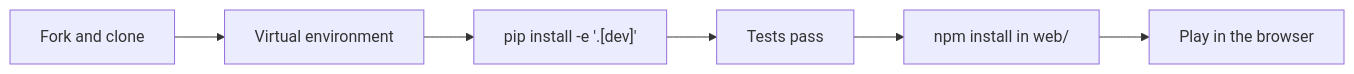
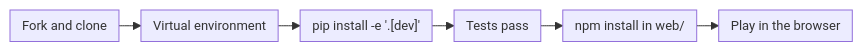
Before and after one commit to Aditya-00786/csf407-fable-chaturanga-zero: the diagram in docs/GETTING_STARTED.md, drawn with Mermaid. The commit also changed 8 other files, not shown here.

First line of the commit message:
docs: full diagrams again, sized to fit a screen; Milestone 4 at 95%

````diff
--- a/docs/GETTING_STARTED.md
+++ b/docs/GETTING_STARTED.md
@@ -7,4 +7,5 @@
 ```mermaid
+%%{init: {"flowchart": {"nodeSpacing": 16, "rankSpacing": 22, "padding": 6, "diagramPadding": 4, "subGraphTitleMargin": {"top": 4, "bottom": 4}}, "themeVariables": {"fontSize": "13px"}}}%%
 flowchart LR
     A[Fork and clone] --> B[Virtual environment] --> C["pip install -e '.[dev]'"] --> D[Tests pass] --> E[npm install in web/] --> F[Play in the browser]
 ```
````
